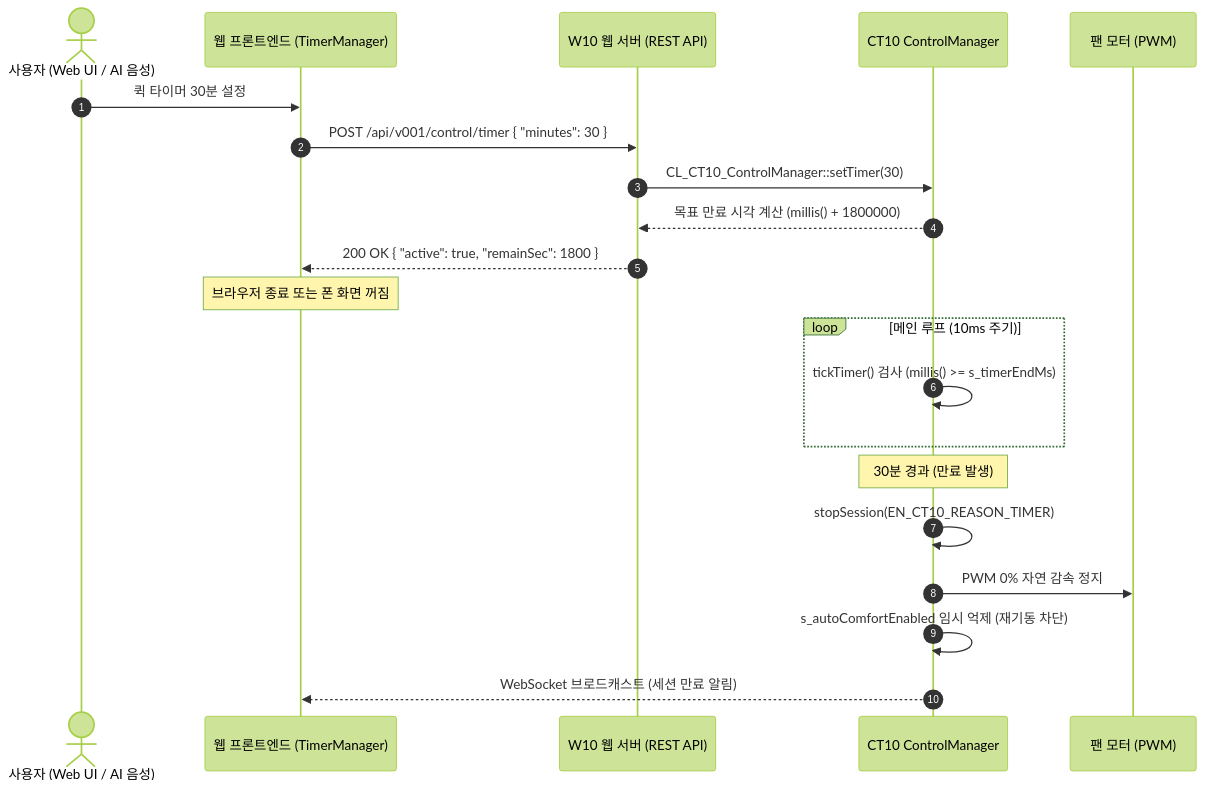
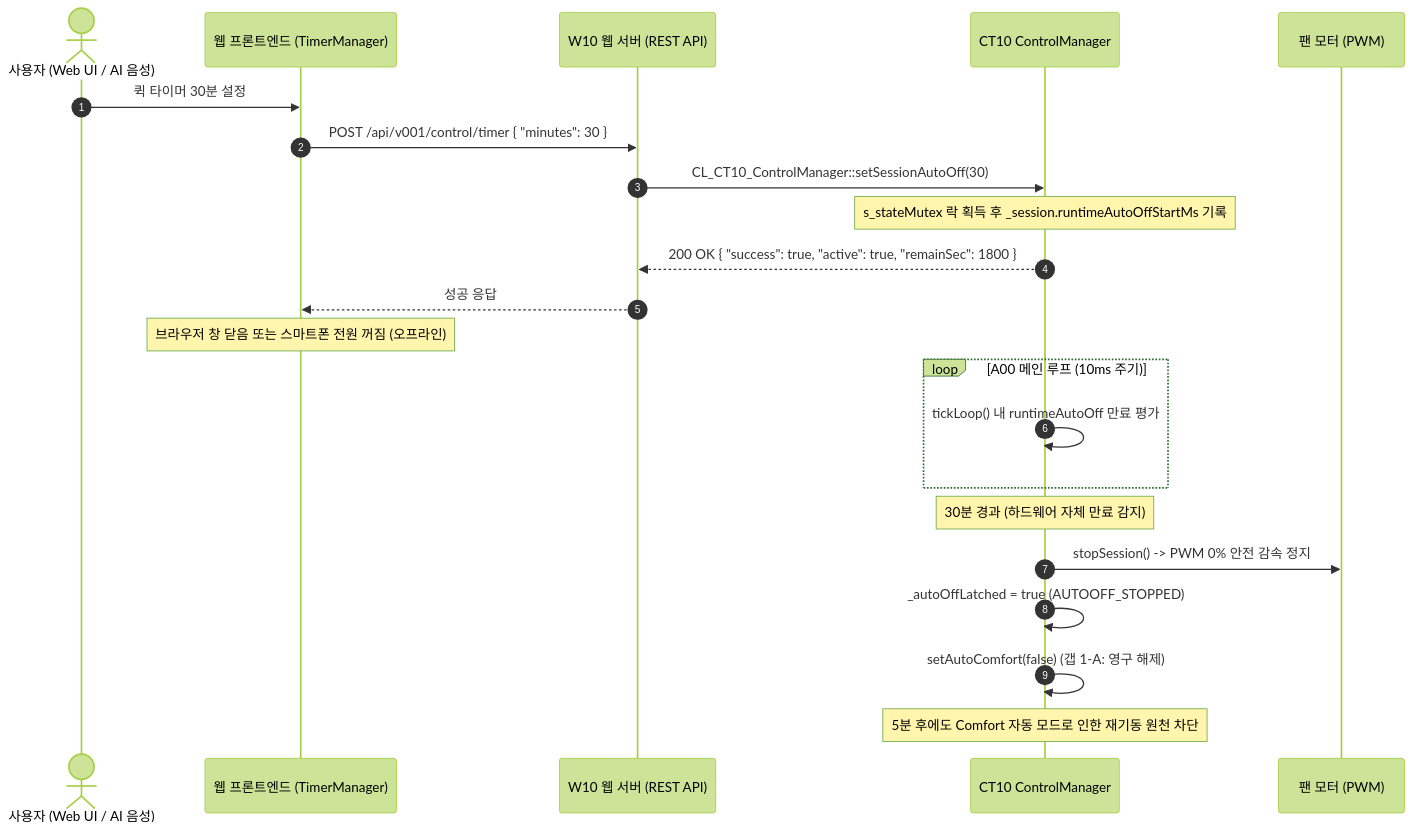
The diagram in src/v0203/Req_ImplPlan_0203/0203_013/0203_013_20_02.md (hosanglee-kr/SmartNatureWind_v002), drawn with Mermaid (forest theme) before and after one commit. The commit also changed other lines of this file and 1 other file, not shown here.

````diff
--- a/src/v0203/Req_ImplPlan_0203/0203_013/0203_013_20_02.md
+++ b/src/v0203/Req_ImplPlan_0203/0203_013/0203_013_20_02.md
@@ -70,24 +86,25 @@
 ```mermaid
 sequenceDiagram
     autonumber
     actor User as 사용자 (Web UI / AI 음성)
     participant FE as 웹 프론트엔드 (TimerManager)
     participant W10 as W10 웹 서버 (REST API)
     participant CT10 as CT10 ControlManager
     participant Motor as 팬 모터 (PWM)
 
     User->>FE: 퀵 타이머 30분 설정
     FE->>W10: POST /api/v001/control/timer { "minutes": 30 }
-    W10->>CT10: CL_CT10_ControlManager::setTimer(30)
-    CT10-->>W10: 목표 만료 시각 계산 (millis() + 1800000)
-    W10-->>FE: 200 OK { "active": true, "remainSec": 1800 }
-    Note over FE: 브라우저 종료 또는 폰 화면 꺼짐
-    loop 메인 루프 (10ms 주기)
-        CT10->>CT10: tickTimer() 검사 (millis() >= s_timerEndMs)
+    W10->>CT10: CL_CT10_ControlManager::setSessionAutoOff(30)
+    Note over CT10: s_stateMutex 락 획득 후 _session.runtimeAutoOffStartMs 기록
+    CT10-->>W10: 200 OK { "success": true, "active": true, "remainSec": 1800 }
+    W10-->>FE: 성공 응답
+    Note over FE: 브라우저 창 닫음 또는 스마트폰 전원 꺼짐 (오프라인)
+    loop A00 메인 루프 (10ms 주기)
+        CT10->>CT10: tickLoop() 내 runtimeAutoOff 만료 평가
     end
-    Note over CT10: 30분 경과 (만료 발생)
-    CT10->>CT10: stopSession(EN_CT10_REASON_TIMER)
-    CT10->>Motor: PWM 0% 자연 감속 정지
-    CT10->>CT10: s_autoComfortEnabled 임시 억제 (재기동 차단)
-    CT10-->>FE: WebSocket 브로드캐스트 (세션 만료 알림)
+    Note over CT10: 30분 경과 (하드웨어 자체 만료 감지)
+    CT10->>Motor: stopSession() -> PWM 0% 안전 감속 정지
+    CT10->>CT10: _autoOffLatched = true (AUTOOFF_STOPPED)
+    CT10->>CT10: setAutoComfort(false) (갭 1-A: 영구 해제)
+    Note over CT10: 5분 후에도 Comfort 자동 모드로 인한 재기동 원천 차단
 ```
````
